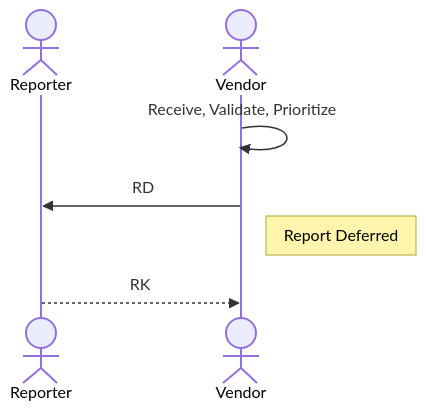
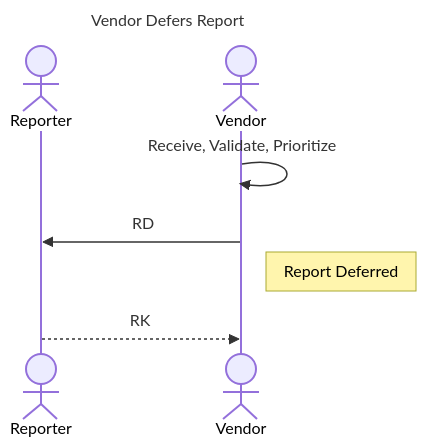
The eighth of 13 diagrams in docs/tutorials/worked_example.md (CERTCC/Vultron), drawn with Mermaid before and after one commit. The commit also changed other lines of this file, not shown here.

First line of the commit message:
docs: add mermaid title: headers to worked_example.md diagrams

````diff
--- a/docs/tutorials/worked_example.md
+++ b/docs/tutorials/worked_example.md
@@ -184,10 +205,13 @@
 ```mermaid
+---
+title: Vendor Defers Report
+---
 sequenceDiagram
     actor Reporter
     actor Vendor
     
     Vendor ->> Vendor: Receive, Validate, Prioritize
     Vendor ->> Reporter: RD
     note right of Vendor: Report Deferred
     Reporter -->> Vendor: RK
 ```
````
